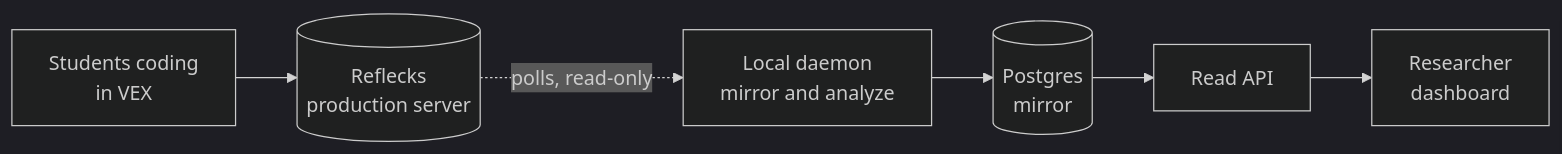
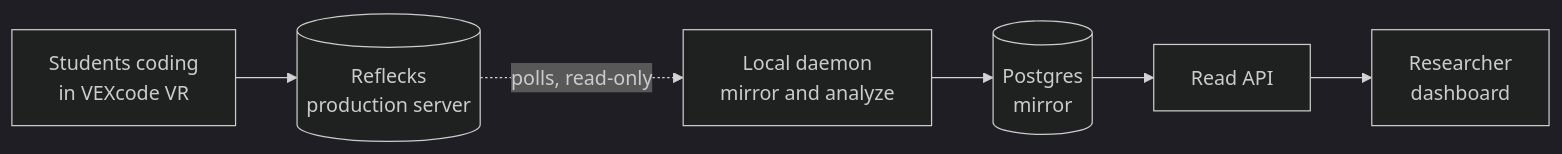
Before and after one commit to InviteInstitute/lm-dashboard: the diagram in README.md, drawn with Mermaid (dark theme). The commit also changed other lines of this file and 21 other files, not shown here.

````diff
--- a/README.md
+++ b/README.md
@@ -16,8 +15,8 @@
 ```mermaid
 flowchart LR
-    students["Students coding<br/>in VEX"] --> prod[("Reflecks<br/>production server")]
+    students["Students coding<br/>in VEXcode VR"] --> prod[("Reflecks<br/>production server")]
     prod -. "polls, read-only" .-> daemon["Local daemon<br/>mirror and analyze"]
     daemon --> pg[("Postgres<br/>mirror")]
     pg --> api["Read API"]
     api --> dash["Researcher<br/>dashboard"]
 ```
````
